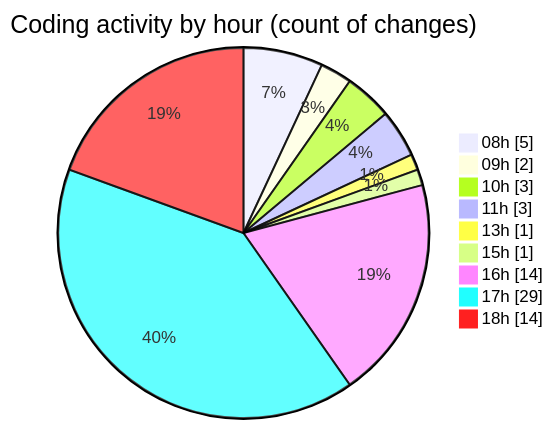
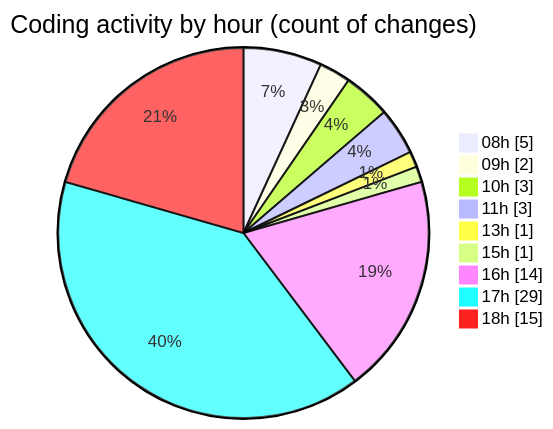
Before and after one commit to julien-gomy/code-tracking: the second of 2 diagrams in 2025-10-27/eventscop-frontend-guide__workspace_/README.md, drawn with Mermaid. The commit also changed other lines of this file and 1 other file, not shown here.

````diff
--- a/2025-10-27/eventscop-frontend-guide__workspace_/README.md
+++ b/2025-10-27/eventscop-frontend-guide__workspace_/README.md
@@ -44,13 +44,13 @@
 ```mermaid
 pie showData
 title Coding activity by hour (count of changes)
 "08h" : 5
 "09h" : 2
 "10h" : 3
 "11h" : 3
 "13h" : 1
 "15h" : 1
 "16h" : 14
 "17h" : 29
-"18h" : 14
+"18h" : 15
 ```
````
